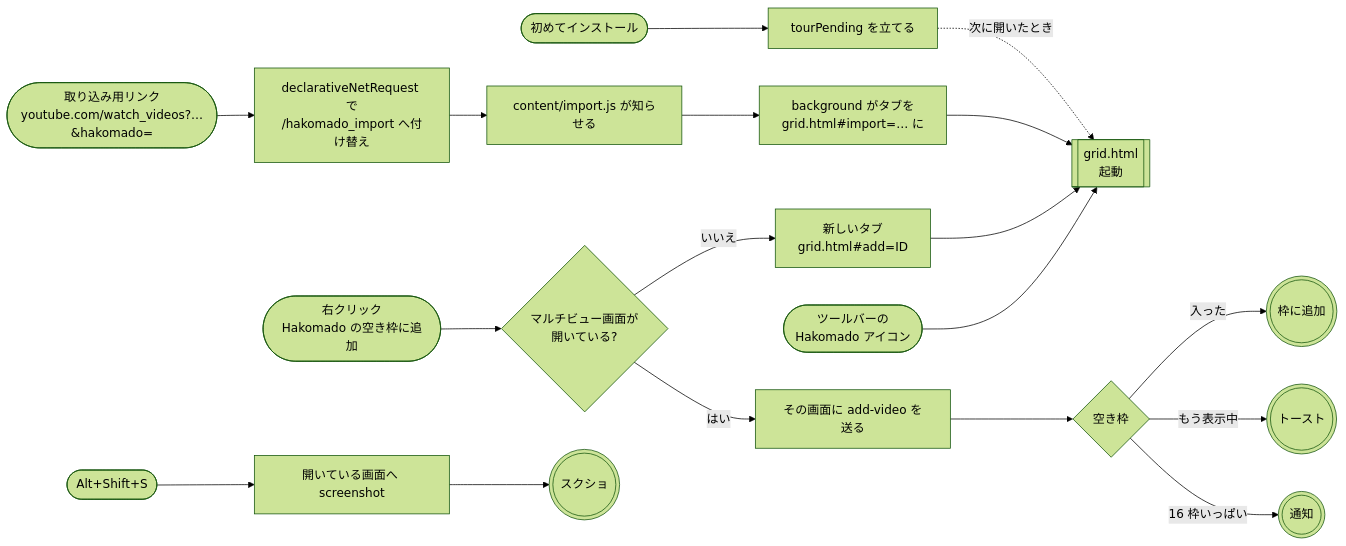
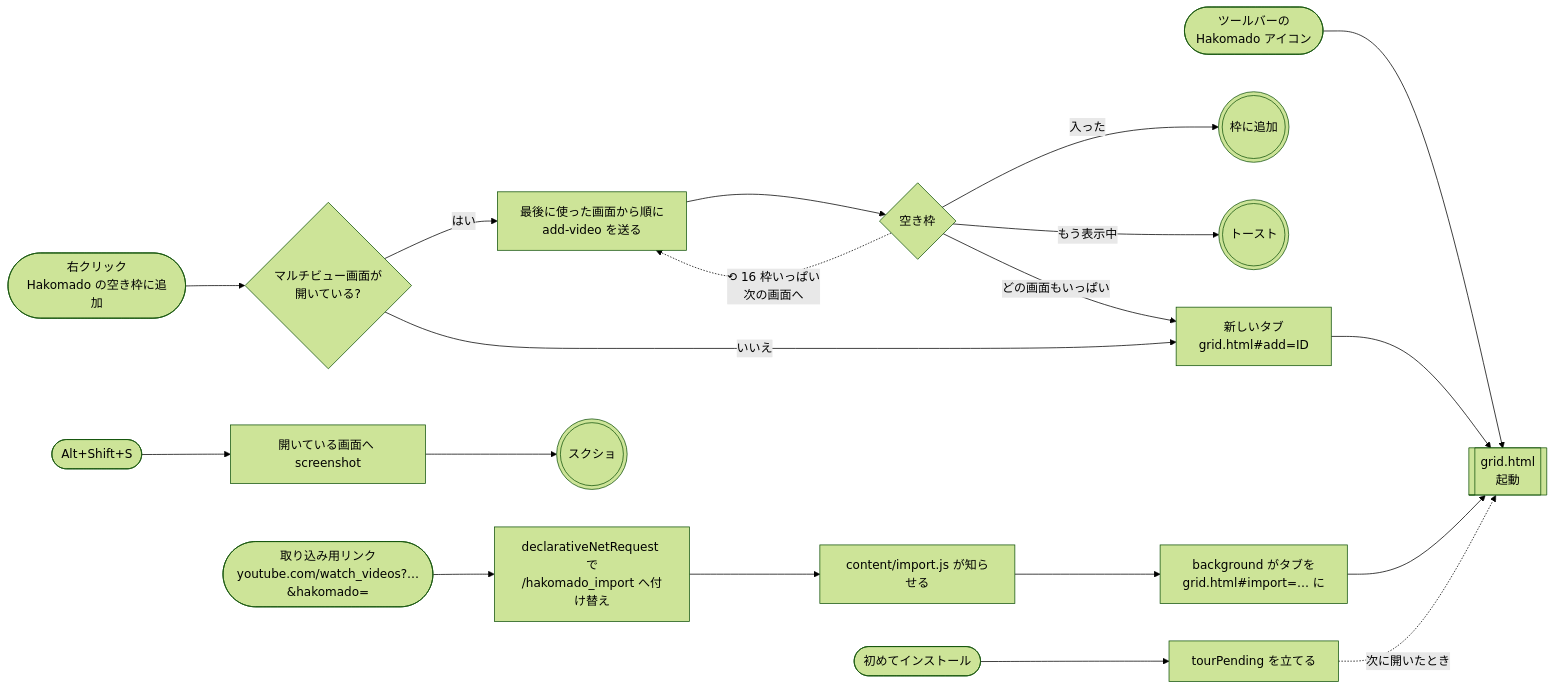
Before and after one commit to contee213/hakomado: the first of 5 diagrams in docs/screen-flow.md, drawn with Mermaid (forest theme). The commit also changed other lines of this file and 6 other files, not shown here.

````diff
--- a/docs/screen-flow.md
+++ b/docs/screen-flow.md
@@ -20,15 +20,16 @@
 ```mermaid
 flowchart LR
   A(["ツールバーの<br>Hakomado アイコン"]) --> G[["grid.html<br>起動"]]
   B(["右クリック<br>Hakomado の空き枠に追加"]) --> B1{"マルチビュー画面が<br>開いている?"}
-  B1 -- "はい" --> B2["その画面に add-video を送る"]
+  B1 -- "はい" --> B2["最後に使った画面から順に<br>add-video を送る"]
   B2 --> B3{"空き枠"}
   B3 -- "入った" --> E1((("枠に追加")))
   B3 -- "もう表示中" --> E2((("トースト")))
-  B3 -- "16 枠いっぱい" --> E3((("通知")))
+  B3 -. "⟲ 16 枠いっぱい<br>次の画面へ" .-> B2
+  B3 -- "どの画面もいっぱい" --> B4
   B1 -- "いいえ" --> B4["新しいタブ<br>grid.html#add=ID"] --> G
   C(["取り込み用リンク<br>youtube.com/watch_videos?…&hakomado="]) --> C1["declarativeNetRequest で<br>/hakomado_import へ付け替え"]
   C1 --> C2["content/import.js が知らせる"] --> C3["background がタブを<br>grid.html#import=… に"] --> G
   D(["初めてインストール"]) --> D1["tourPending を立てる"] -. "次に開いたとき" .-> G
   K(["Alt+Shift+S"]) --> K1["開いている画面へ screenshot"] --> E4((("スクショ")))
 ```
````
